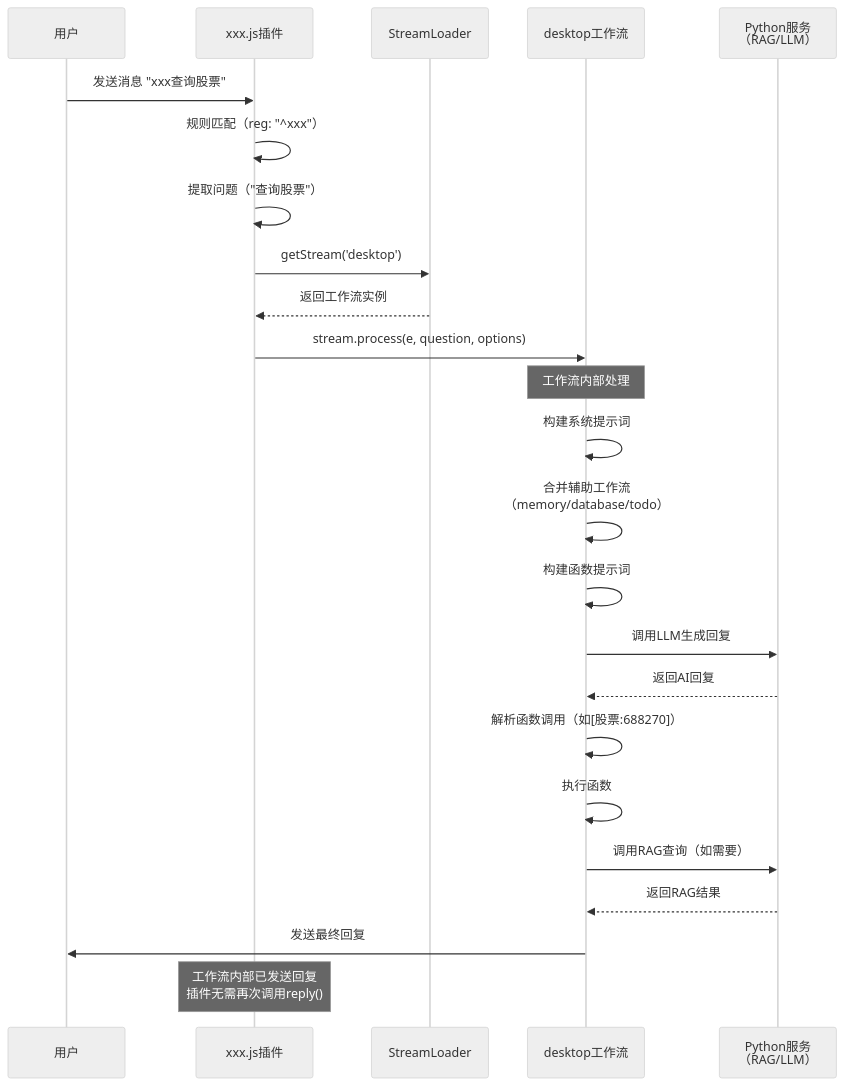
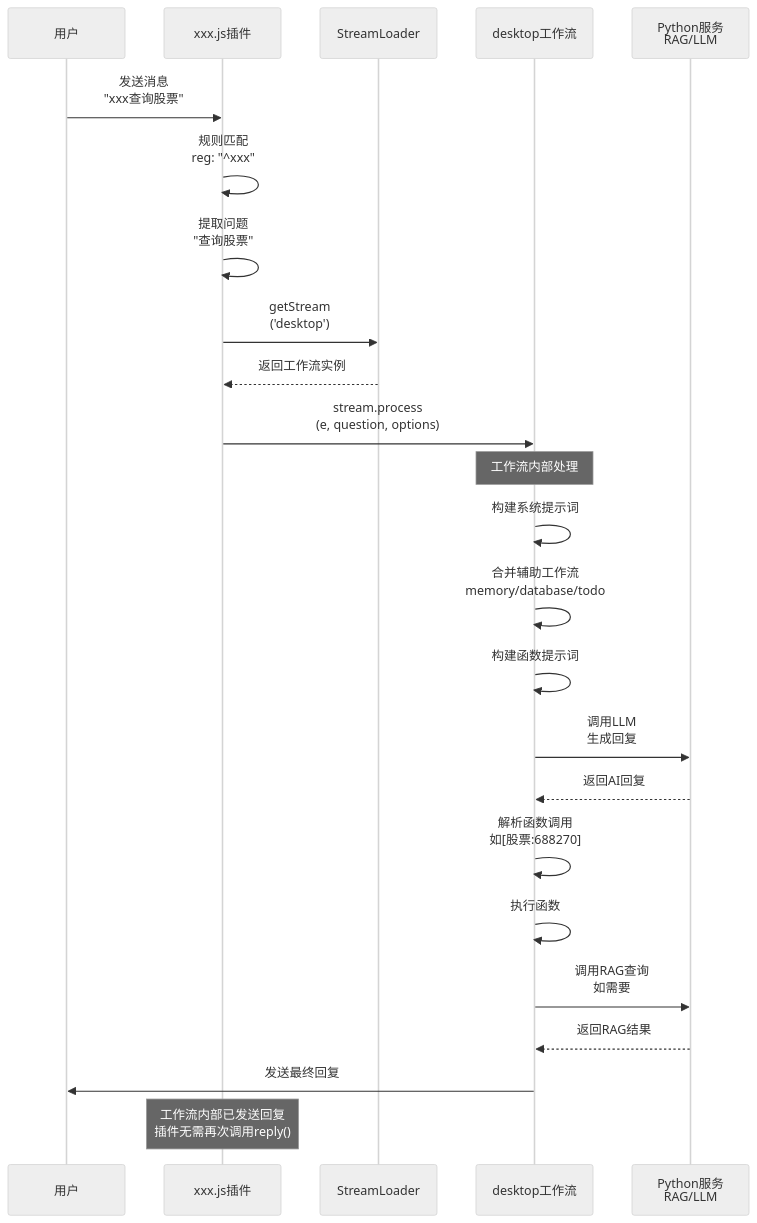
One commit to sunflowermm/XRK-AGT changed the fourth of 8 diagrams in docs/future-architecture-2025.md. Above: the diagram before and after it, drawn with Mermaid (neutral theme). The commit also changed other lines of this file, not shown here.

````diff
--- a/docs/future-architecture-2025.md
+++ b/docs/future-architecture-2025.md
@@ -659,29 +745,29 @@
 ```mermaid
 sequenceDiagram
     participant User as 用户
     participant Plugin as xxx.js插件
     participant StreamLoader as StreamLoader
     participant Workflow as desktop工作流
-    participant Python as Python服务<br/>（RAG/LLM）
+    participant Python as Python服务<br/>RAG/LLM
     
-    User->>Plugin: 发送消息 "xxx查询股票"
-    Plugin->>Plugin: 规则匹配（reg: "^xxx"）
-    Plugin->>Plugin: 提取问题（"查询股票"）
-    Plugin->>StreamLoader: getStream('desktop')
+    User->>Plugin: 发送消息<br/>"xxx查询股票"
+    Plugin->>Plugin: 规则匹配<br/>reg: "^xxx"
+    Plugin->>Plugin: 提取问题<br/>"查询股票"
+    Plugin->>StreamLoader: getStream<br/>('desktop')
     StreamLoader-->>Plugin: 返回工作流实例
-    Plugin->>Workflow: stream.process(e, question, options)
+    Plugin->>Workflow: stream.process<br/>(e, question, options)
     
     Note over Workflow: 工作流内部处理
     Workflow->>Workflow: 构建系统提示词
-    Workflow->>Workflow: 合并辅助工作流<br/>（memory/database/todo）
+    Workflow->>Workflow: 合并辅助工作流<br/>memory/database/todo
     Workflow->>Workflow: 构建函数提示词
-    Workflow->>Python: 调用LLM生成回复
+    Workflow->>Python: 调用LLM<br/>生成回复
     Python-->>Workflow: 返回AI回复
-    Workflow->>Workflow: 解析函数调用（如[股票:688270]）
+    Workflow->>Workflow: 解析函数调用<br/>如[股票:688270]
     Workflow->>Workflow: 执行函数
-    Workflow->>Python: 调用RAG查询（如需要）
+    Workflow->>Python: 调用RAG查询<br/>如需要
     Python-->>Workflow: 返回RAG结果
     Workflow->>User: 发送最终回复
     
     Note over Plugin: 工作流内部已发送回复<br/>插件无需再次调用reply()
 ```
````
